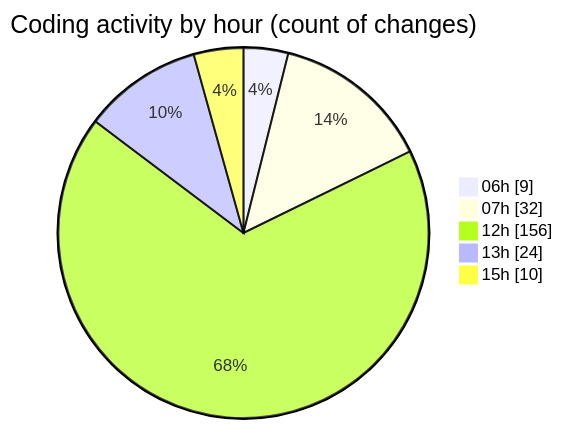
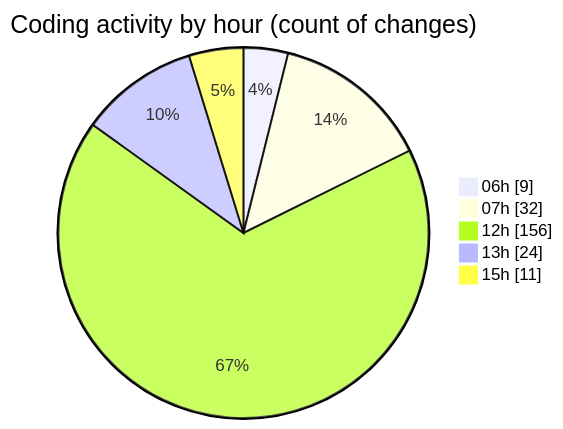
Before and after one commit to robertbonfada/code-tracking: the second of 2 diagrams in 2025-02-18/mbc-web/README.md, drawn with Mermaid. The commit also changed other lines of this file and 1 other file, not shown here.

````diff
--- a/2025-02-18/mbc-web/README.md
+++ b/2025-02-18/mbc-web/README.md
@@ -145,9 +146,9 @@
 ```mermaid
 pie showData
 title Coding activity by hour (count of changes)
 "06h" : 9
 "07h" : 32
 "12h" : 156
 "13h" : 24
-"15h" : 10
+"15h" : 11
 ```
````
